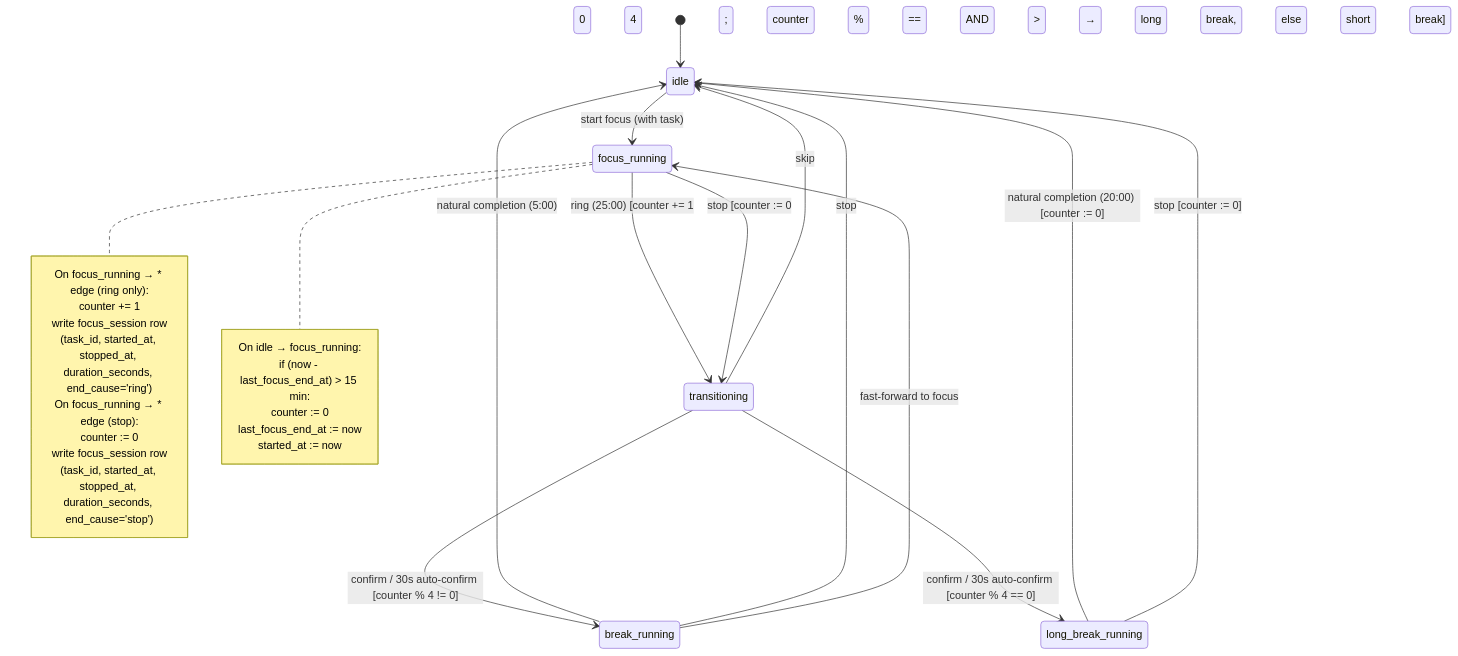
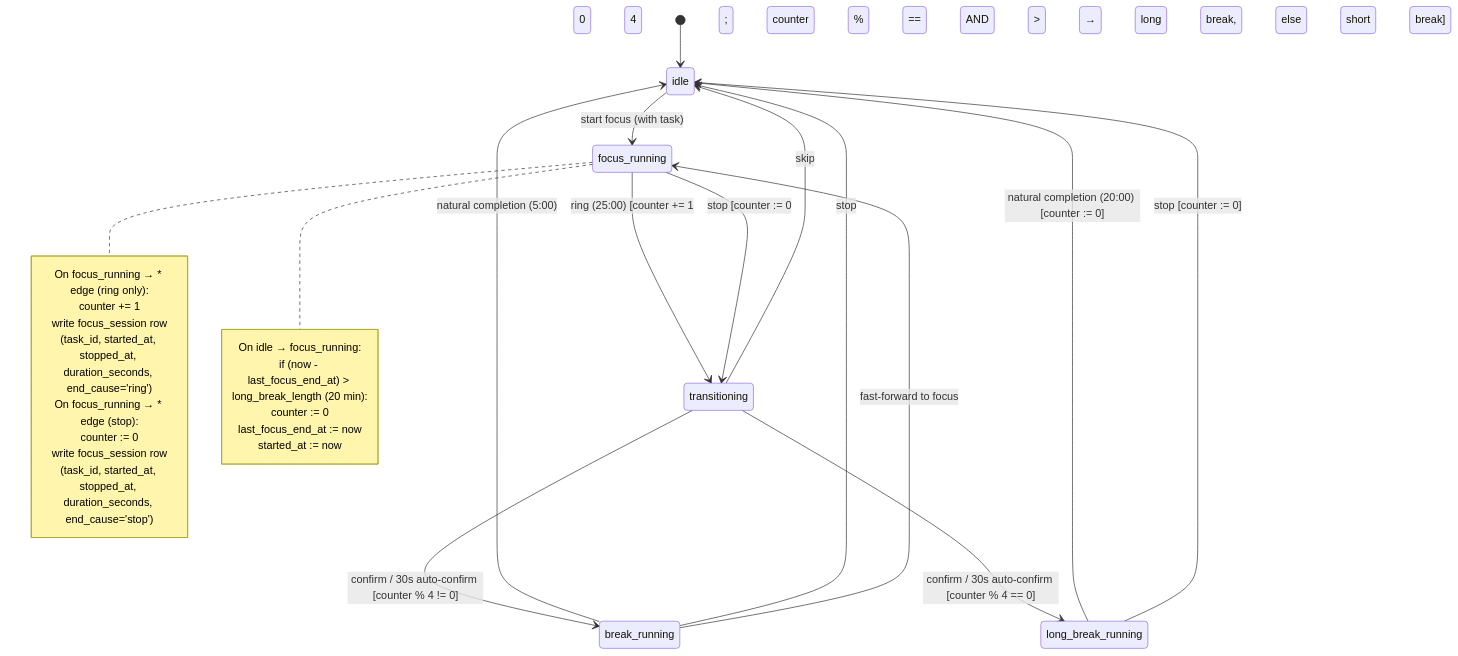
The diagram in docs/adr/0001-timer-state-machine.md (edrobertsrayne/main), drawn with Mermaid before and after one commit. The commit also changed other lines of this file and 1 other file, not shown here.

Commit message:
ADR 0001: gap-reset threshold retied to long-break length (#13)

````diff
--- a/docs/adr/0001-timer-state-machine.md
+++ b/docs/adr/0001-timer-state-machine.md
@@ -69,39 +70,39 @@
 ```mermaid
 stateDiagram-v2
     [*] --> idle
 
     idle --> focus_running: start focus (with task)
 
     focus_running --> transitioning: ring (25:00) [counter += 1; counter % 4 == 0 AND counter > 0 → long break, else short break]
     focus_running --> transitioning: stop [counter := 0; short break]
 
     transitioning --> break_running: confirm / 30s auto-confirm [counter % 4 != 0]
     transitioning --> long_break_running: confirm / 30s auto-confirm [counter % 4 == 0]
     transitioning --> idle: skip
 
     break_running --> idle: natural completion (5:00)
     break_running --> idle: stop
     break_running --> focus_running: fast-forward to focus
 
     long_break_running --> idle: natural completion (20:00) [counter := 0]
     long_break_running --> idle: stop [counter := 0]
 
     note right of focus_running
       On focus_running → * edge (ring only):
         counter += 1
         write focus_session row
         (task_id, started_at, stopped_at, duration_seconds, end_cause='ring')
       On focus_running → * edge (stop):
         counter := 0
         write focus_session row
         (task_id, started_at, stopped_at, duration_seconds, end_cause='stop')
     end note
 
     note right of focus_running
       On idle → focus_running:
-        if (now - last_focus_end_at) > 15 min:
+        if (now - last_focus_end_at) > long_break_length (20 min):
           counter := 0
         last_focus_end_at := now
         started_at := now
     end note
 ```
````
